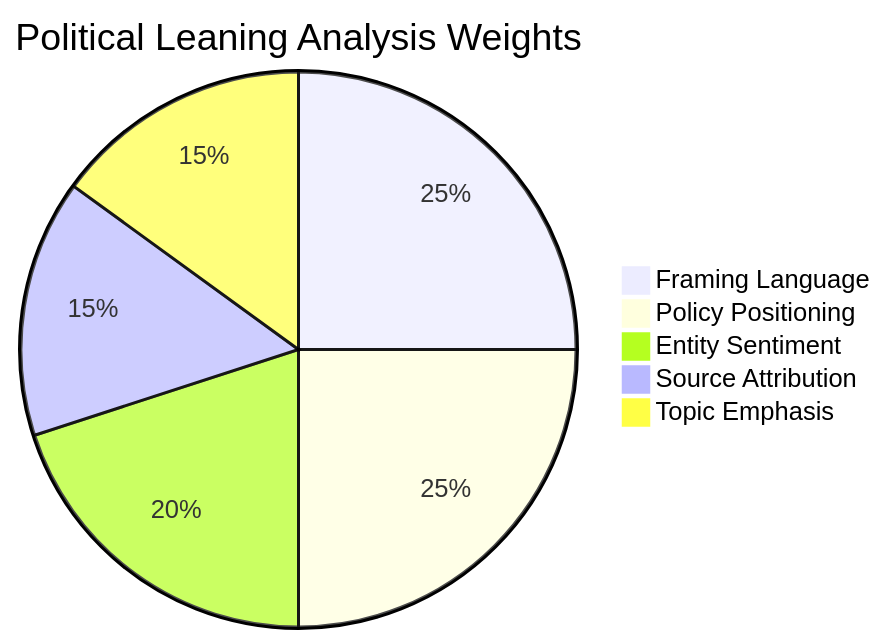
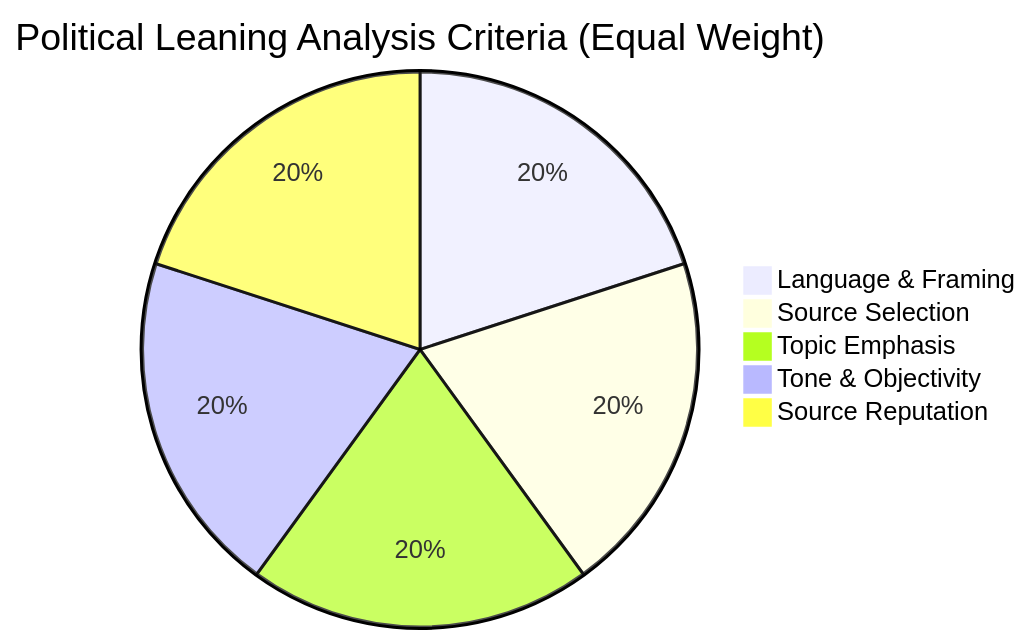
One commit to evanblasband/spectrum changed the third of 10 diagrams in diagrams.md. Above: the diagram before and after it, drawn with Mermaid. The commit also changed other lines of this file and 4 other files, not shown here.

````diff
--- a/diagrams.md
+++ b/diagrams.md
@@ -79,8 +81,8 @@
 ```mermaid
-pie title Political Leaning Analysis Weights
-    "Framing Language" : 25
-    "Policy Positioning" : 25
-    "Entity Sentiment" : 20
-    "Source Attribution" : 15
-    "Topic Emphasis" : 15
+pie title Political Leaning Analysis Criteria (Equal Weight)
+    "Language & Framing" : 20
+    "Source Selection" : 20
+    "Topic Emphasis" : 20
+    "Tone & Objectivity" : 20
+    "Source Reputation" : 20
 ```
````
